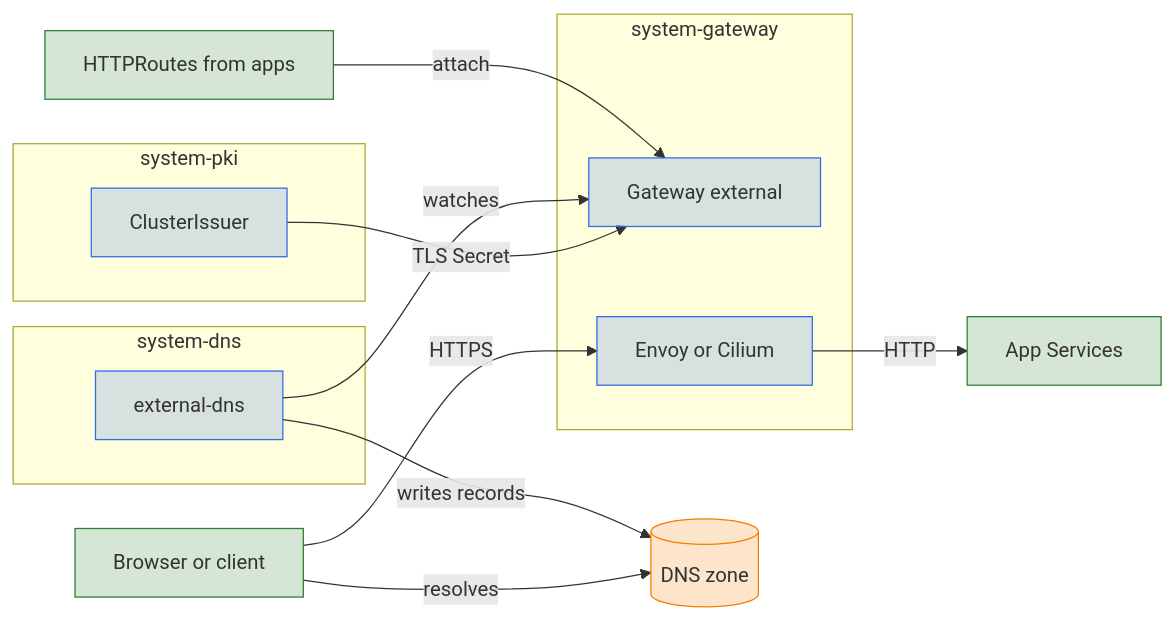
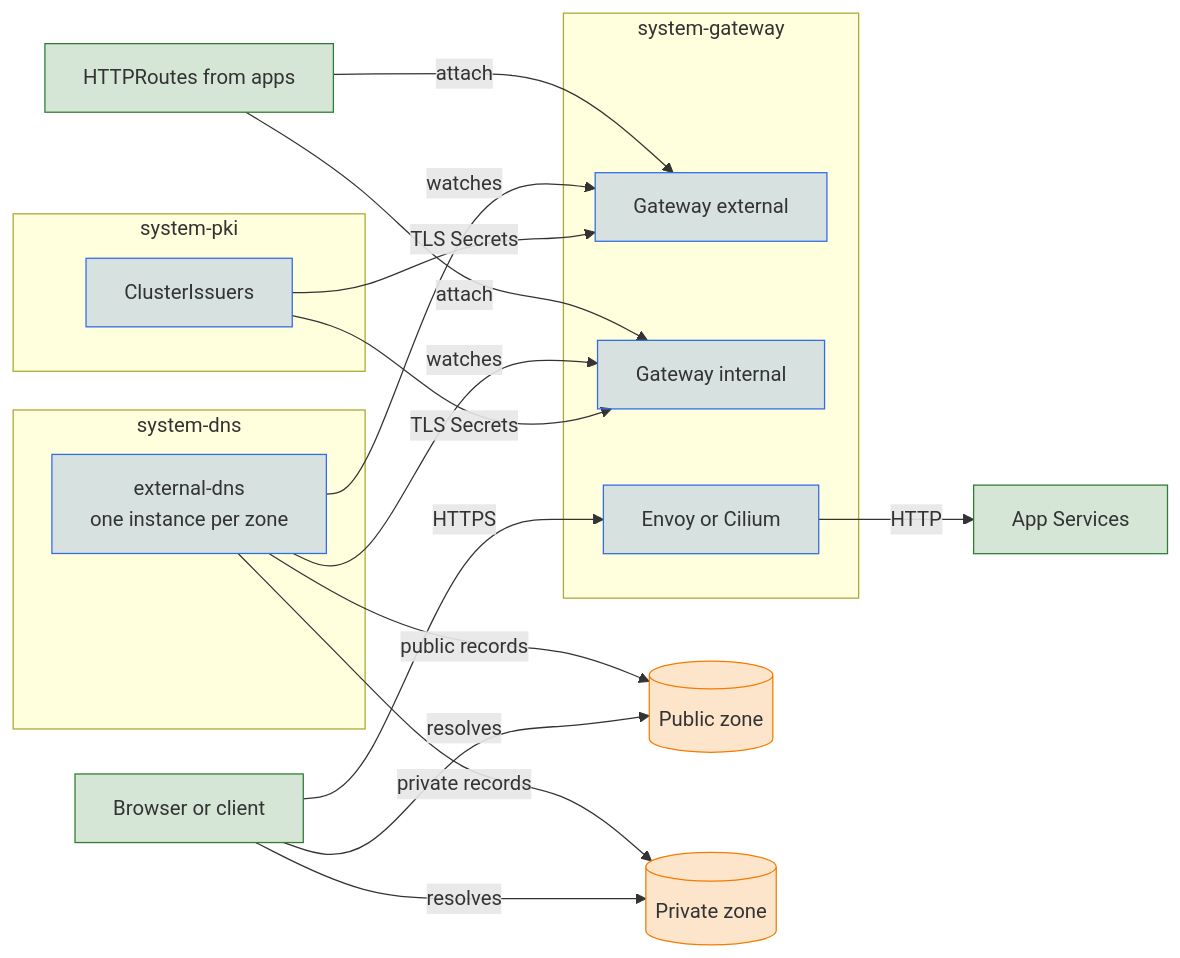
The diagram in docs/guides/gateway/index.md (windsorcli/core), drawn with Mermaid before and after one commit. The commit also changed other lines of this file and 8 other files, not shown here.

Commit message:
docs(guides): cover the external/internal gateways, dns.public_zone and pki.public_issuer

````diff
--- a/docs/guides/gateway/index.md
+++ b/docs/guides/gateway/index.md
@@ -100,35 +128,42 @@
 ```mermaid
 flowchart LR
   client[Browser or client]
   routes[HTTPRoutes from apps]
-  zone[(DNS zone)]
+  publiczone[(Public zone)]
+  privatezone[(Private zone)]
 
   subgraph systemdns[system-dns]
-    edns[external-dns]
+    edns[external-dns<br/>one instance per zone]
   end
 
   subgraph systempki[system-pki]
-    issuer[ClusterIssuer]
+    issuer[ClusterIssuers]
   end
 
   subgraph systemgateway[system-gateway]
-    gateway[Gateway external]
+    external[Gateway external]
+    internal[Gateway internal]
     proxy[Envoy or Cilium]
   end
 
   apps[App Services]
 
-  routes -->|attach| gateway
-  edns -->|watches| gateway
-  edns -->|writes records| zone
-  issuer -->|TLS Secret| gateway
-  client -->|resolves| zone
+  routes -->|attach| external
+  routes -->|attach| internal
+  edns -->|watches| external
+  edns -->|watches| internal
+  edns -->|public records| publiczone
+  edns -->|private records| privatezone
+  issuer -->|TLS Secrets| external
+  issuer -->|TLS Secrets| internal
+  client -->|resolves| publiczone
+  client -->|resolves| privatezone
   client -->|HTTPS| proxy
   proxy -->|HTTP| apps
   classDef app fill:#2E7D3233,stroke:#2E7D32
   classDef store fill:#F57C0033,stroke:#F57C00
   classDef k8s fill:#326CE533,stroke:#326CE5
   class client,routes,apps app
-  class zone store
-  class edns,issuer,gateway,proxy k8s
+  class publiczone,privatezone store
+  class edns,issuer,external,internal,proxy k8s
 ```
````
